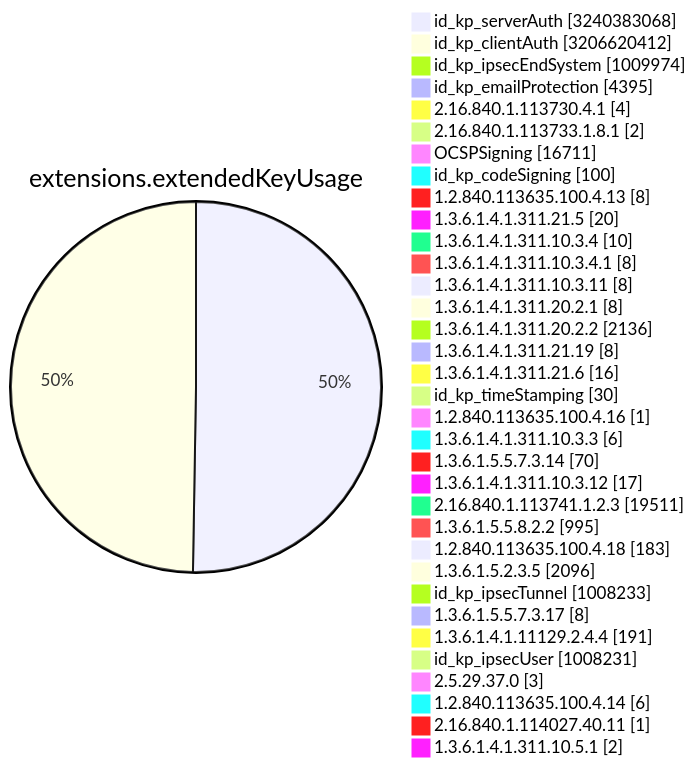
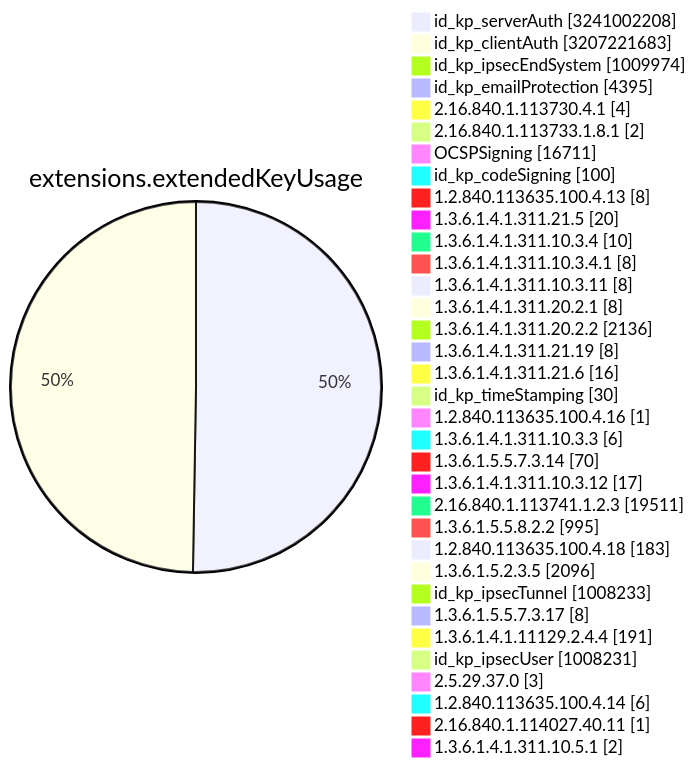
Diagram 11 of 15 in TOTAL/README.md (christiankrug/ctmonitor_visualization), drawn with Mermaid before and after one commit. The commit also changed other lines of this file, not shown here.

````diff
--- a/TOTAL/README.md
+++ b/TOTAL/README.md
@@ -4119,38 +4119,38 @@
 ```mermaid
 pie showData
 title extensions.extendedKeyUsage
-"id_kp_serverAuth" :3240383068
-"id_kp_clientAuth" :3206620412
+"id_kp_serverAuth" :3241002208
+"id_kp_clientAuth" :3207221683
 "id_kp_ipsecEndSystem" :1009974
 "id_kp_emailProtection" :4395
 "2.16.840.1.113730.4.1" :4
 "2.16.840.1.113733.1.8.1" :2
 "OCSPSigning" :16711
 "id_kp_codeSigning" :100
 "1.2.840.113635.100.4.13" :8
 "1.3.6.1.4.1.311.21.5" :20
 "1.3.6.1.4.1.311.10.3.4" :10
 "1.3.6.1.4.1.311.10.3.4.1" :8
 "1.3.6.1.4.1.311.10.3.11" :8
 "1.3.6.1.4.1.311.20.2.1" :8
 "1.3.6.1.4.1.311.20.2.2" :2136
 "1.3.6.1.4.1.311.21.19" :8
 "1.3.6.1.4.1.311.21.6" :16
 "id_kp_timeStamping" :30
 "1.2.840.113635.100.4.16" :1
 "1.3.6.1.4.1.311.10.3.3" :6
 "1.3.6.1.5.5.7.3.14" :70
 "1.3.6.1.4.1.311.10.3.12" :17
 "2.16.840.1.113741.1.2.3" :19511
 "1.3.6.1.5.5.8.2.2" :995
 "1.2.840.113635.100.4.18" :183
 "1.3.6.1.5.2.3.5" :2096
 "id_kp_ipsecTunnel" :1008233
 "1.3.6.1.5.5.7.3.17" :8
 "1.3.6.1.4.1.11129.2.4.4" :191
 "id_kp_ipsecUser" :1008231
 "2.5.29.37.0" :3
 "1.2.840.113635.100.4.14" :6
 "2.16.840.1.114027.40.11" :1
 "1.3.6.1.4.1.311.10.5.1" :2
 ```
````
